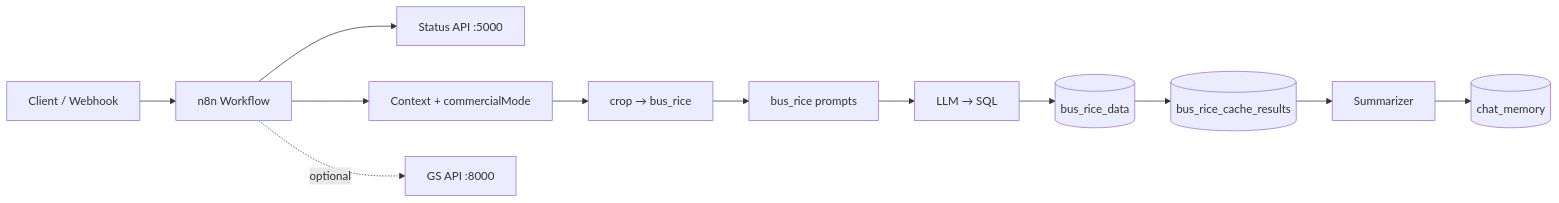
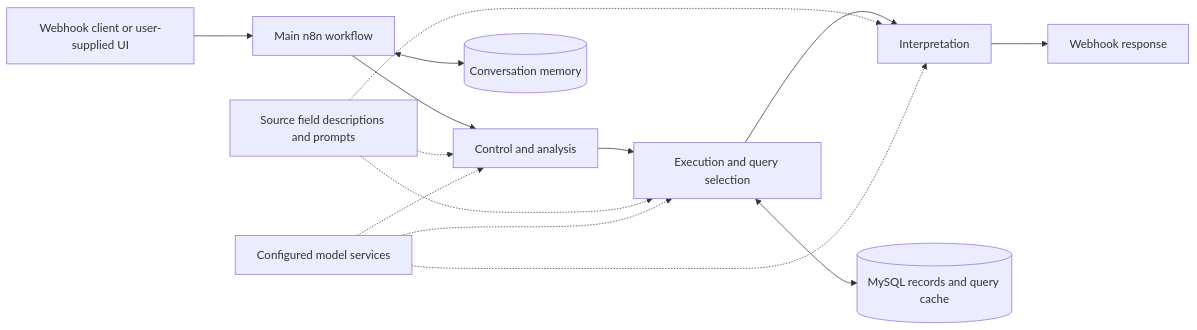
The diagram in docs/architecture.md (Qianlvdouhua/cropmaestro), drawn with Mermaid before and after one commit. The commit also changed other lines of this file and 4 other files, not shown here.

````diff
--- a/docs/architecture.md
+++ b/docs/architecture.md
@@ -19,14 +9,16 @@
 ```mermaid
 flowchart LR
-  A[Client / Webhook] --> B[n8n Workflow]
-  B --> S[Status API :5000]
-  B --> C[Context + commercialMode]
-  C --> D[crop → bus_rice]
-  D --> E[bus_rice prompts]
-  E --> F[LLM → SQL]
-  F --> G[(bus_rice_data)]
-  G --> H[(bus_rice_cache_results)]
-  H --> I[Summarizer]
-  I --> J[(chat_memory)]
-  B -. optional .-> GS[GS API :8000]
+  A[Webhook client or user-supplied UI] --> B[Main n8n workflow]
+  B --> C[Control and analysis]
+  C --> D[Execution and query selection]
+  D --> E[Interpretation]
+  E --> F[Webhook response]
+  P[Source field descriptions and prompts] -.-> C
+  P -.-> D
+  P -.-> E
+  L[Configured model services] -.-> C
+  L -.-> D
+  L -.-> E
+  D <--> M[(MySQL records and query cache)]
+  B <--> H[(Conversation memory)]
 ```
````
